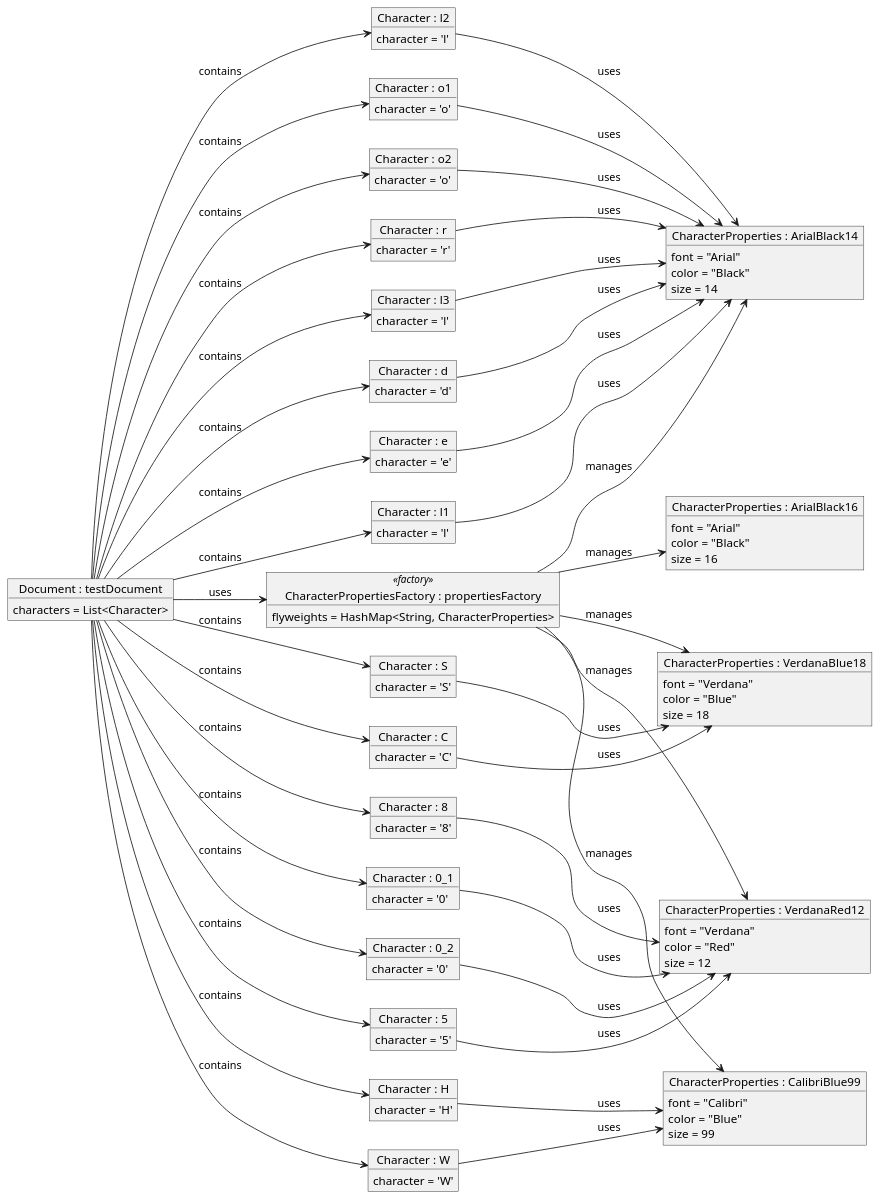
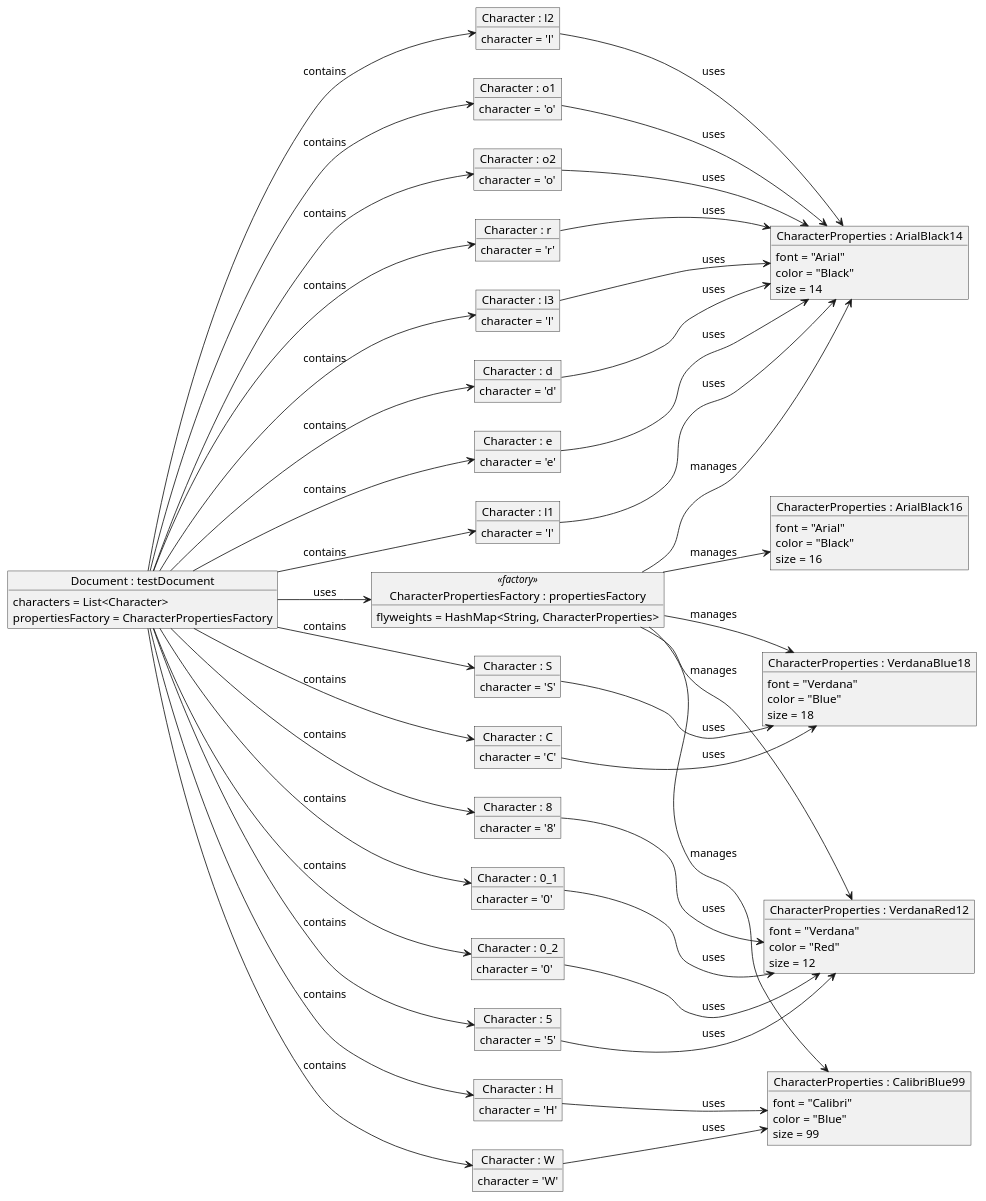
Before and after one commit to chile20/CS4800: the diagram in Assignment8/Part2:Quiz2/ObjDiagram_After.puml, drawn with PlantUML. The commit also changed 1 other file, not shown here.

Commit message:
Added factory to document object

```diff
--- a/Assignment8/Part2:Quiz2/ObjDiagram_After.puml
+++ b/Assignment8/Part2:Quiz2/ObjDiagram_After.puml
@@ -1,138 +1,139 @@
 @startuml
 ' Layout Direction
 left to right direction
 
 ' Define Objects
 object "Document : testDocument" as doc {
   characters = List<Character>
+  propertiesFactory = CharacterPropertiesFactory
 }
 
 object "CharacterPropertiesFactory : propertiesFactory" as cpf <<factory>> {
   flyweights = HashMap<String, CharacterProperties>
 }
 
 ' Characters Properties Instances
 object "CharacterProperties : ArialBlack14" as CP1 {
   font = "Arial"
   color = "Black"
   size = 14
 }
 object "CharacterProperties : ArialBlack16" as CP2 {
   font = "Arial"
   color = "Black"
   size = 16
 }
 object "CharacterProperties : VerdanaBlue18" as CP3 {
   font = "Verdana"
   color = "Blue"
   size = 18
 }
 object "CharacterProperties : VerdanaRed12" as CP4 {
   font = "Verdana"
   color = "Red"
   size = 12
 }
 
 object "CharacterProperties : CalibriBlue99" as CP5 {
   font = "Calibri"
   color = "Blue"
   size = 99
 }
 
 ' Define Characters
 object "Character : H" as Ch1 {
   character = 'H'
 }
 object "Character : e" as Ch2 {
   character = 'e'
 }
 object "Character : l1" as Ch3 {
   character = 'l'
 }
 object "Character : l2" as Ch4 {
   character = 'l'
 }
 object "Character : o1" as Ch5 {
   character = 'o'
 }
 object "Character : W" as Ch6 {
   character = 'W'
 }
 object "Character : o2" as Ch7 {
   character = 'o'
 }
 object "Character : r" as Ch8 {
   character = 'r'
 }
 object "Character : l3" as Ch9 {
   character = 'l'
 }
 object "Character : d" as Ch10 {
   character = 'd'
 }
 object "Character : C" as Ch11 {
   character = 'C'
 }
 object "Character : S" as Ch12 {
   character = 'S'
 }
 object "Character : 5" as Ch13 {
   character = '5'
 }
 object "Character : 8" as Ch14 {
   character = '8'
 }
 object "Character : 0_1" as Ch15 {
   character = '0'
 }
 object "Character : 0_2" as Ch16 {
   character = '0'
 }
 
 ' Define Relationships
 doc --> cpf : "uses"
 cpf -[hidden]-> CP1
 cpf -[hidden]-> CP2
 cpf -[hidden]-> CP3
 cpf -[hidden]-> CP4
 doc --> Ch1 : "contains"
 doc --> Ch2 : "contains"
 doc --> Ch3 : "contains"
 doc --> Ch4 : "contains"
 doc --> Ch5 : "contains"
 doc --> Ch6 : "contains"
 doc --> Ch7 : "contains"
 doc --> Ch8 : "contains"
 doc --> Ch9 : "contains"
 doc --> Ch10 : "contains"
 doc --> Ch11 : "contains"
 doc --> Ch12 : "contains"
 doc --> Ch13 : "contains"
 doc --> Ch14 : "contains"
 doc --> Ch15 : "contains"
 doc --> Ch16 : "contains"
 
 cpf --> CP1 : "manages"
 cpf --> CP2 : "manages"
 cpf --> CP3 : "manages"
 cpf --> CP4 : "manages"
 cpf --> CP5 : "manages"
 
 Ch1 --> CP5 : "uses"
 Ch2 --> CP1 : "uses"
 Ch3 --> CP1 : "uses"
 Ch4 --> CP1 : "uses"
 Ch5 --> CP1 : "uses"
 Ch6 --> CP5 : "uses"
 Ch7 --> CP1 : "uses"
 Ch8 --> CP1 : "uses"
 Ch9 --> CP1 : "uses"
 Ch10 --> CP1 : "uses"
 Ch11 --> CP3 : "uses"
 Ch12 --> CP3 : "uses"
 Ch13 --> CP4 : "uses"
 Ch14 --> CP4 : "uses"
 Ch15 --> CP4 : "uses"
 Ch16 --> CP4 : "uses"
 
 @enduml
```
